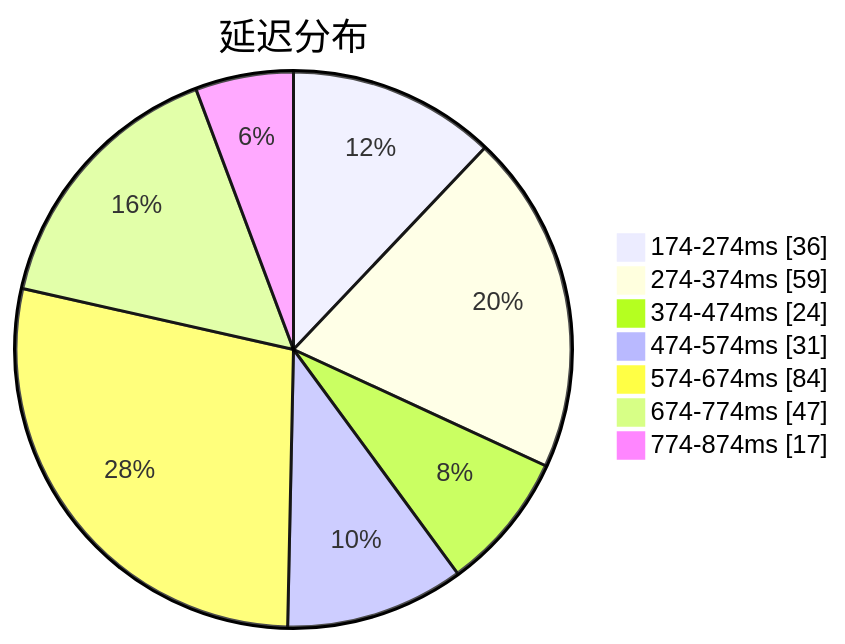
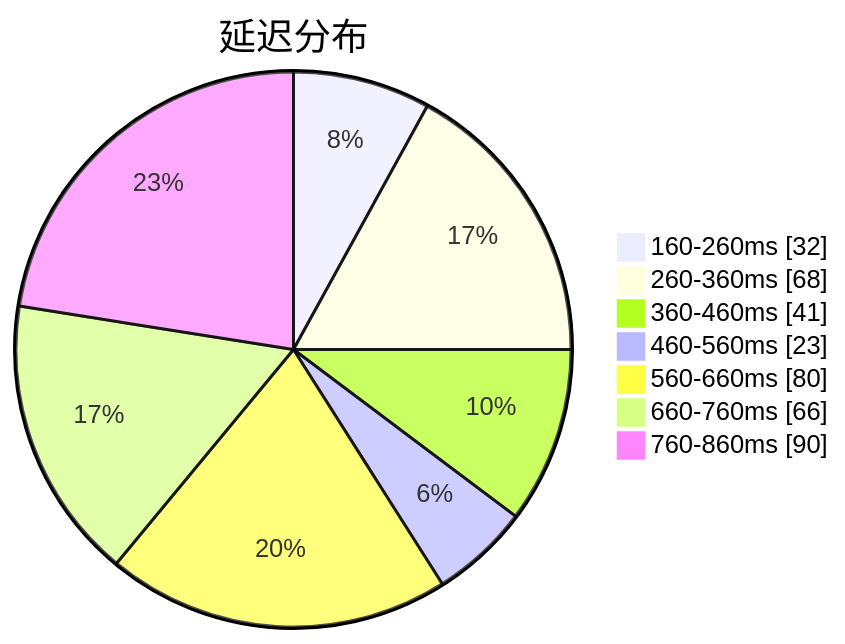
The first of 3 diagrams in subs/statistics/tested_within.md (qjlxg/airport), drawn with Mermaid before and after one commit. The commit also changed other lines of this file and 2 other files, not shown here.

````diff
--- a/subs/statistics/tested_within.md
+++ b/subs/statistics/tested_within.md
@@ -2,11 +2,11 @@
 ```mermaid
 pie showData
 title 延迟分布
-"174-274ms" : 36
-"274-374ms" : 59
-"374-474ms" : 24
-"474-574ms" : 31
-"574-674ms" : 84
-"674-774ms" : 47
-"774-874ms" : 17
+"160-260ms" : 32
+"260-360ms" : 68
+"360-460ms" : 41
+"460-560ms" : 23
+"560-660ms" : 80
+"660-760ms" : 66
+"760-860ms" : 90
 ```
````
